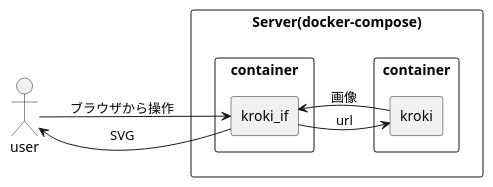
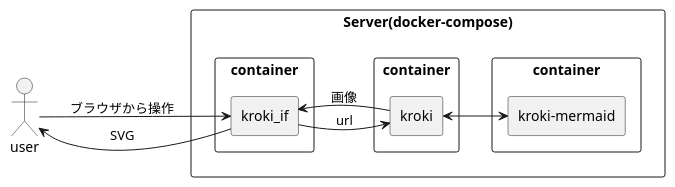
The diagram in system_arch.pu (mdwl23/kroki_if), drawn with PlantUML before and after one commit. The commit also changed 2 other files, not shown here.

Commit message:
mermaidに対応

```diff
--- a/system_arch.pu
+++ b/system_arch.pu
@@ -1,17 +1,21 @@
 skinparam defaultFontName Meiryo
 left to right direction
 
 actor user
 rectangle Server(docker-compose){
   rectangle container as c1{
     rectangle "kroki_if" as kroki_if
   }
   rectangle container as c2{
     rectangle "kroki" as kroki
   }
+  rectangle container as c3{
+    rectangle "kroki-mermaid" as kroki_mermaid
+  }
 }
 
 user-->kroki_if: ブラウザから操作
 kroki_if-->kroki: url
 kroki-->kroki_if: 画像
 kroki_if-->user: SVG
+kroki<-->kroki_mermaid
```
